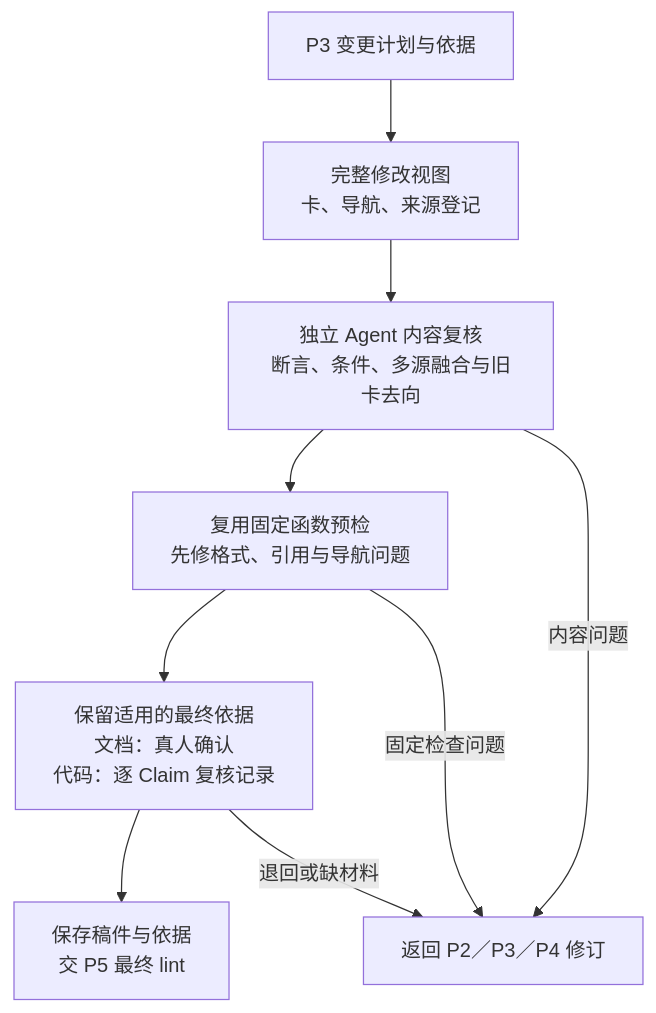
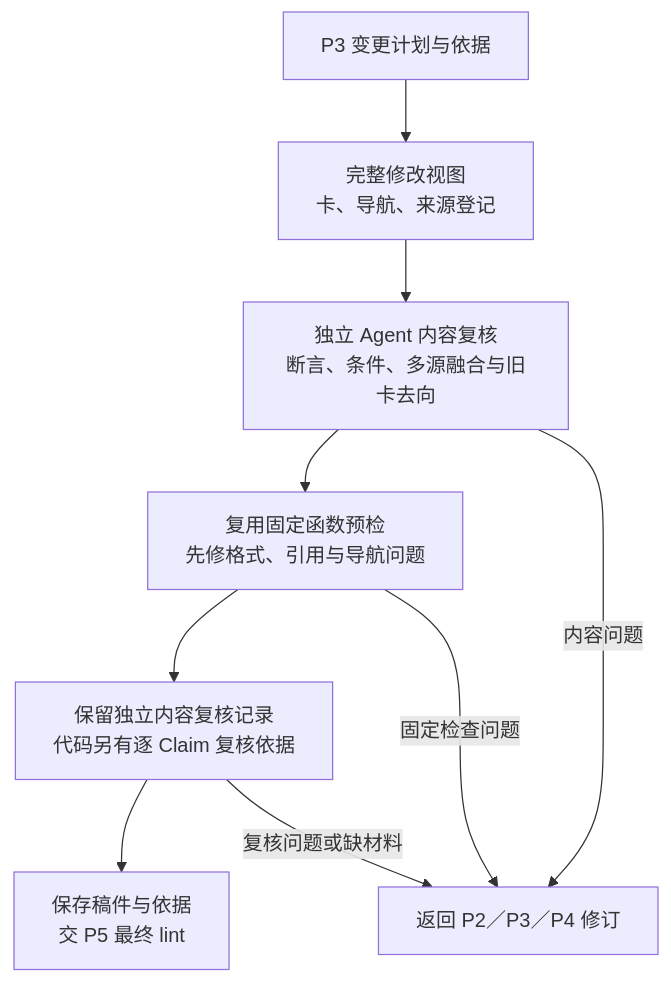
Before and after one commit to Robin-hhc/FactumCore: diagram 12 of 20 in aiotbot-knowledge-wifi-mp/docs-llm-wiki/知识库详细设计.md, drawn with Mermaid. The commit also changed other lines of this file and 115 other files, not shown here.

````diff
--- a/aiotbot-knowledge-wifi-mp/docs-llm-wiki/知识库详细设计.md
+++ b/aiotbot-knowledge-wifi-mp/docs-llm-wiki/知识库详细设计.md
@@ -515,11 +523,11 @@
 ```mermaid
 flowchart TD
     PLAN["P3 变更计划与依据"] --> VIEW["完整修改视图<br/>卡、导航、来源登记"]
     VIEW --> REVIEW["独立 Agent 内容复核<br/>断言、条件、多源融合与旧卡去向"]
     REVIEW --> PRECHECK["复用固定函数预检<br/>先修格式、引用与导航问题"]
-    PRECHECK --> CONFIRM["保留适用的最终依据<br/>文档：真人确认<br/>代码：逐 Claim 复核记录"]
+    PRECHECK --> CONFIRM["保留独立内容复核记录<br/>代码另有逐 Claim 复核依据"]
     CONFIRM --> DRAFT["保存稿件与依据<br/>交 P5 最终 lint"]
     REVIEW -->|"内容问题"| BACK["返回 P2／P3／P4 修订"]
     PRECHECK -->|"固定检查问题"| BACK
-    CONFIRM -->|"退回或缺材料"| BACK
+    CONFIRM -->|"复核问题或缺材料"| BACK
 ```
````
